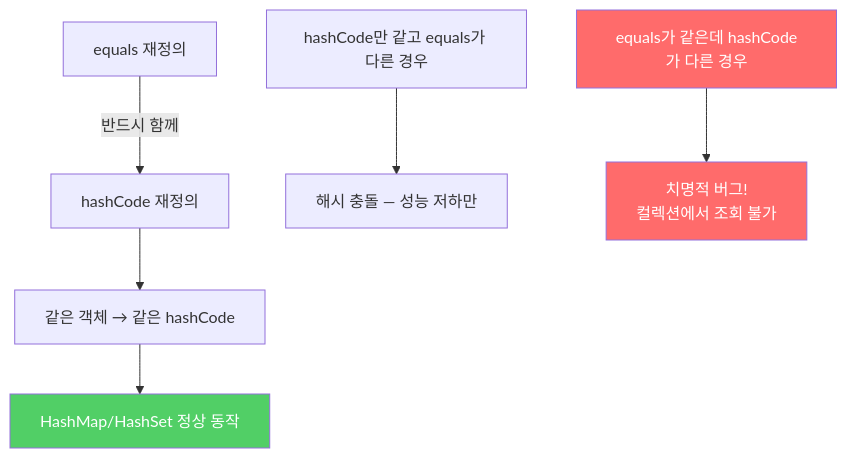
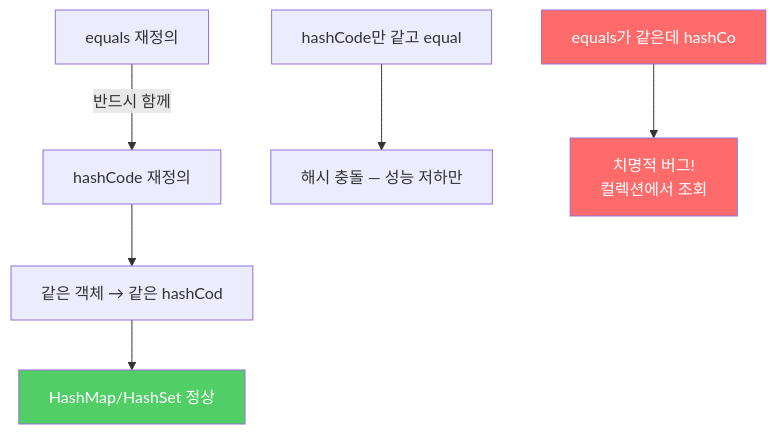
The fourth of 4 diagrams in _posts/java/2021-12-27-effective-java11.md (yjkim2015/yjkim2015.github.io), drawn with Mermaid before and after one commit. The commit also changed other lines of this file and 271 other files, not shown here.

First line of the commit message:
Mermaid 라벨 축소: 긴 노드 텍스트 18자 이하로 트림 + \n 제거

````diff
--- a/_posts/java/2021-12-27-effective-java11.md
+++ b/_posts/java/2021-12-27-effective-java11.md
@@ -197,11 +197,11 @@
 ```mermaid
 graph TD
     A["equals 재정의"] -->|"반드시 함께"| B["hashCode 재정의"]
-    B --> C["같은 객체 → 같은 hashCode"]
-    C --> D["HashMap/HashSet 정상 동작"]
-    E["hashCode만 같고 equals가 다른 경우"] --> F["해시 충돌 — 성능 저하만"]
-    G["equals가 같은데 hashCode가 다른 경우"] --> H["치명적 버그!\n컬렉션에서 조회 불가"]
+    B --> C["같은 객체 → 같은 hashCod"]
+    C --> D["HashMap/HashSet 정상"]
+    E["hashCode만 같고 equal"] --> F["해시 충돌 — 성능 저하만"]
+    G["equals가 같은데 hashCo"] --> H["치명적 버그!\n컬렉션에서 조회"]
     style G fill:#ff6b6b,color:#fff
     style H fill:#ff6b6b,color:#fff
     style D fill:#51cf66,color:#fff
 ```
````
